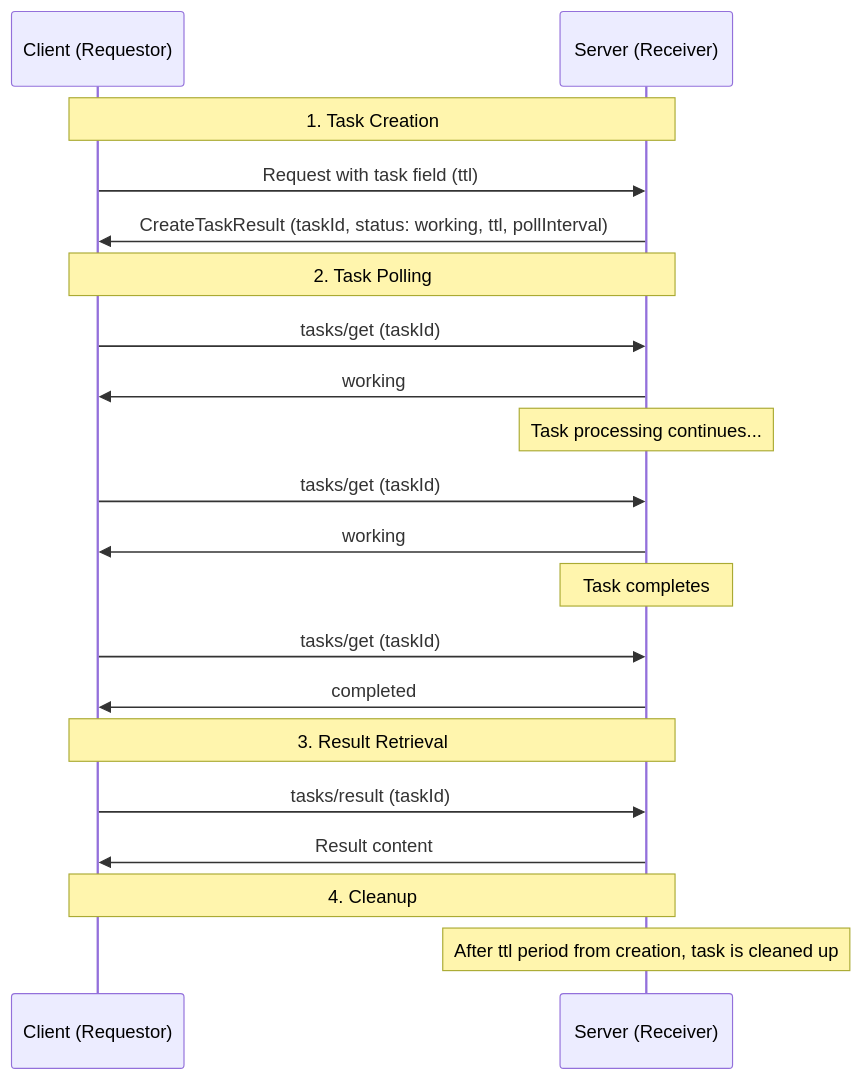
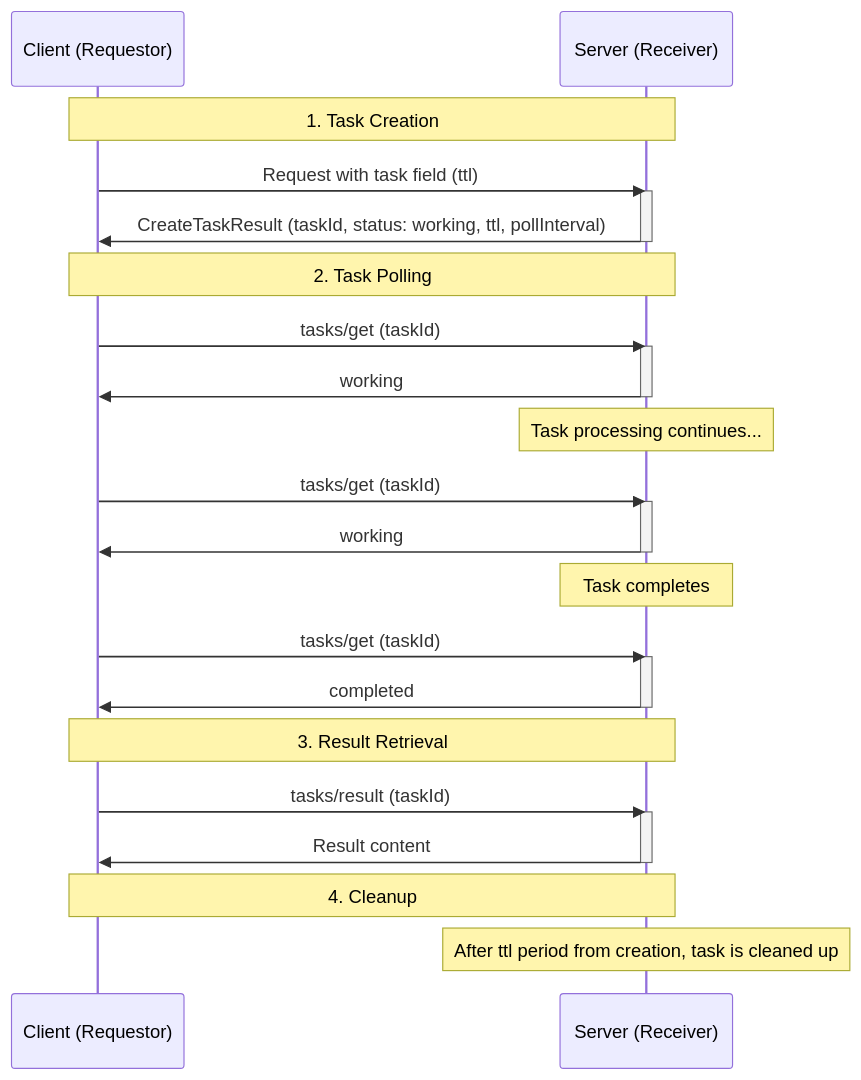
One commit to scottslewis/modelcontextprotocol changed the second of 5 diagrams in docs/specification/draft/basic/utilities/tasks.mdx. Above: the diagram before and after it, drawn with Mermaid. The commit also changed other lines of this file, not shown here.

Commit message:
Clarify request lifetimes in task diagrams

````diff
--- a/docs/specification/draft/basic/utilities/tasks.mdx
+++ b/docs/specification/draft/basic/utilities/tasks.mdx
@@ -479,22 +479,32 @@
 ```mermaid
 sequenceDiagram
     participant C as Client (Requestor)
     participant S as Server (Receiver)
     Note over C,S: 1. Task Creation
     C->>S: Request with task field (ttl)
+    activate S
     S->>C: CreateTaskResult (taskId, status: working, ttl, pollInterval)
+    deactivate S
     Note over C,S: 2. Task Polling
     C->>S: tasks/get (taskId)
+    activate S
     S->>C: working
+    deactivate S
     Note over S: Task processing continues...
     C->>S: tasks/get (taskId)
+    activate S
     S->>C: working
+    deactivate S
     Note over S: Task completes
     C->>S: tasks/get (taskId)
+    activate S
     S->>C: completed
+    deactivate S
     Note over C,S: 3. Result Retrieval
     C->>S: tasks/result (taskId)
+    activate S
     S->>C: Result content
+    deactivate S
     Note over C,S: 4. Cleanup
     Note over S: After ttl period from creation, task is cleaned up
 ```
````
